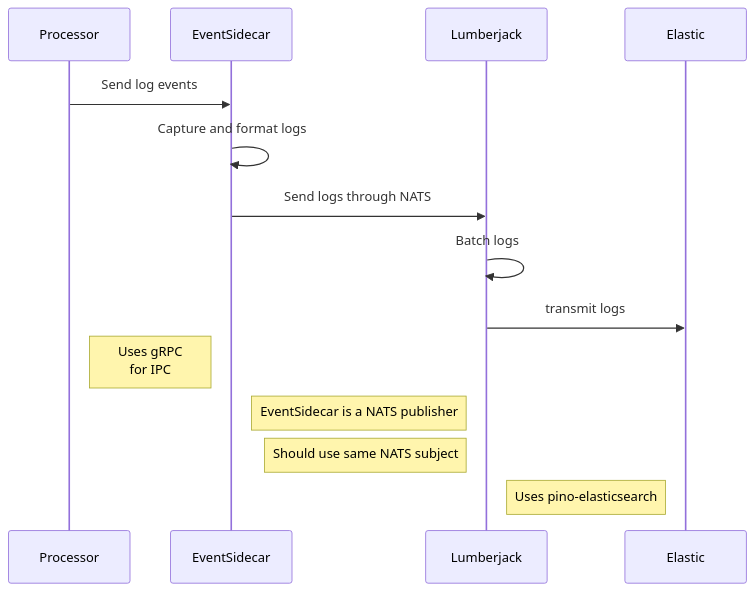
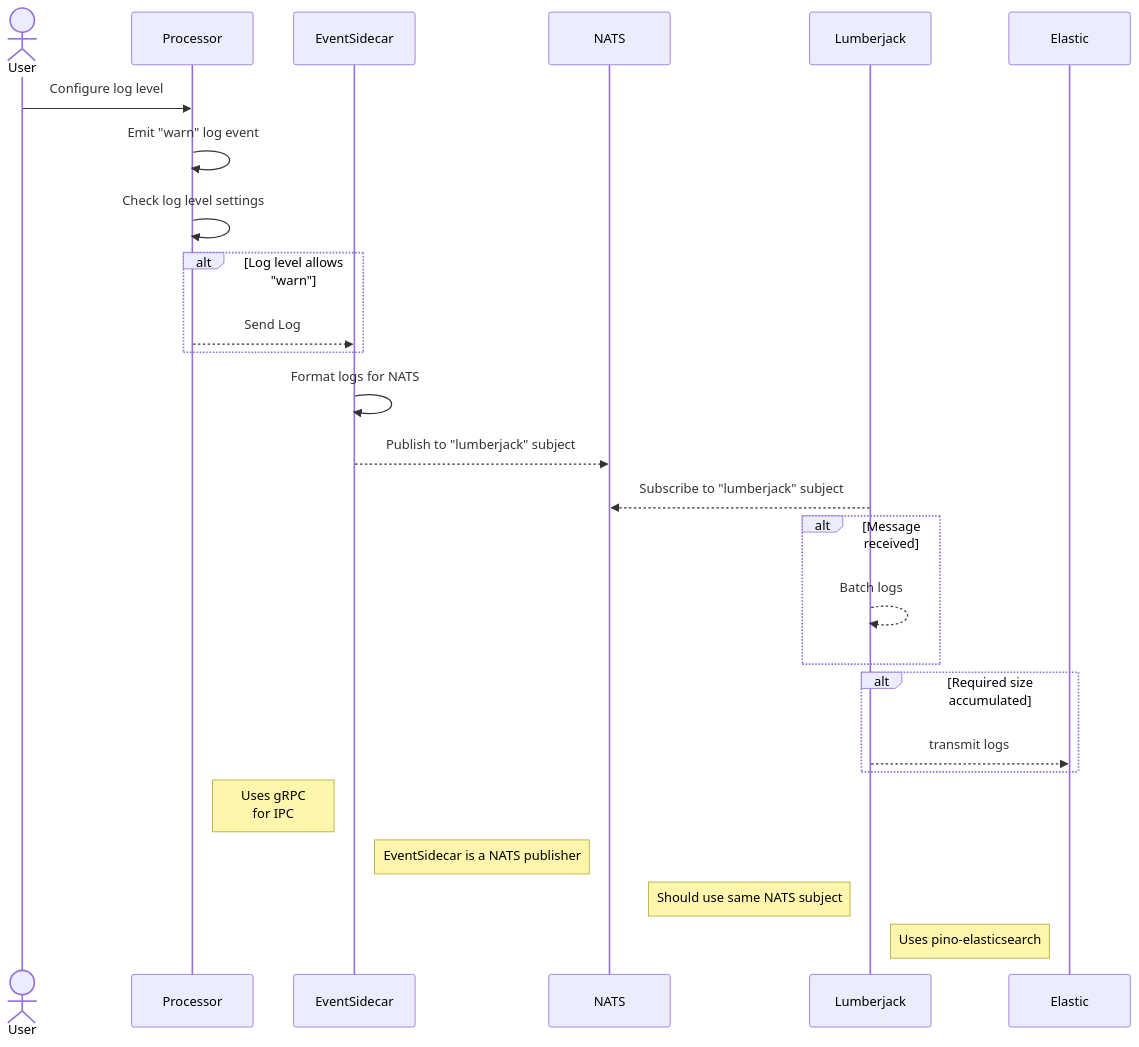
Before and after one commit to tazama-lf/docs: the diagram in Technical/Logging/The-Tazama-Logging-Framework.md, drawn with Mermaid. The commit also changed other lines of this file, not shown here.

````diff
--- a/Technical/Logging/The-Tazama-Logging-Framework.md
+++ b/Technical/Logging/The-Tazama-Logging-Framework.md
@@ -82,22 +82,37 @@
 ```mermaid
 sequenceDiagram
+    actor User
     participant Processor
     participant EventSidecar as EventSidecar
+    participant NATS
     participant Lumberjack
     participant Elastic
 
-    Processor->>EventSidecar: Send log events
-    EventSidecar->>EventSidecar: Capture and format logs
+    User->>Processor: Configure log level
+    Processor->>Processor: Emit "warn" log event
 
-    EventSidecar->>Lumberjack: Send logs through NATS
-    
-    Lumberjack->>Lumberjack: Batch logs
-    Lumberjack->>Elastic: transmit logs
+    Processor->>Processor: Check log level settings
+
+    alt Log level allows "warn"
+        Processor-->>EventSidecar: Send Log
+    end
+  
+    EventSidecar->>EventSidecar: Format logs for NATS
+    EventSidecar-->>NATS: Publish to "lumberjack" subject
+    Lumberjack-->>NATS: Subscribe to "lumberjack" subject
+
+    alt Message received
+        Lumberjack-->>Lumberjack: Batch logs
+    end
+
+    alt Required size accumulated
+        Lumberjack-->>Elastic: transmit logs
+    end
 
     Note left of EventSidecar: Uses gRPC<br/>for IPC
     Note right of EventSidecar: EventSidecar is a NATS publisher
 
     Note left of Lumberjack: Should use same NATS subject
     
     Note right of Lumberjack: Uses pino-elasticsearch
 ```
````
